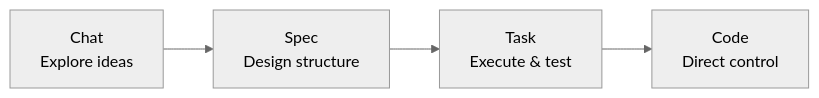
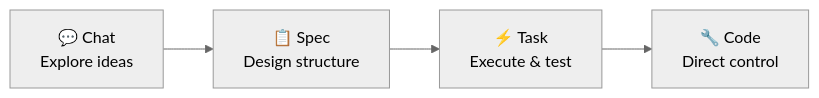
The first of 2 diagrams in docs/guide/autonomy-spectrum.md (changkun/wallfacer), drawn with Mermaid (neutral theme) before and after one commit. The commit also changed other lines of this file, not shown here.

Commit message:
docs: restore emojis in autonomy spectrum mermaid diagrams

````diff
--- a/docs/guide/autonomy-spectrum.md
+++ b/docs/guide/autonomy-spectrum.md
@@ -5,6 +5,6 @@
 ```mermaid
 graph LR
-  Chat["Chat\nExplore ideas"] --> Spec["Spec\nDesign structure"]
-  Spec --> Task["Task\nExecute & test"]
-  Task --> Code["Code\nDirect control"]
+  Chat["💬 Chat\nExplore ideas"] --> Spec["📋 Spec\nDesign structure"]
+  Spec --> Task["⚡ Task\nExecute & test"]
+  Task --> Code["🔧 Code\nDirect control"]
 ```
````
